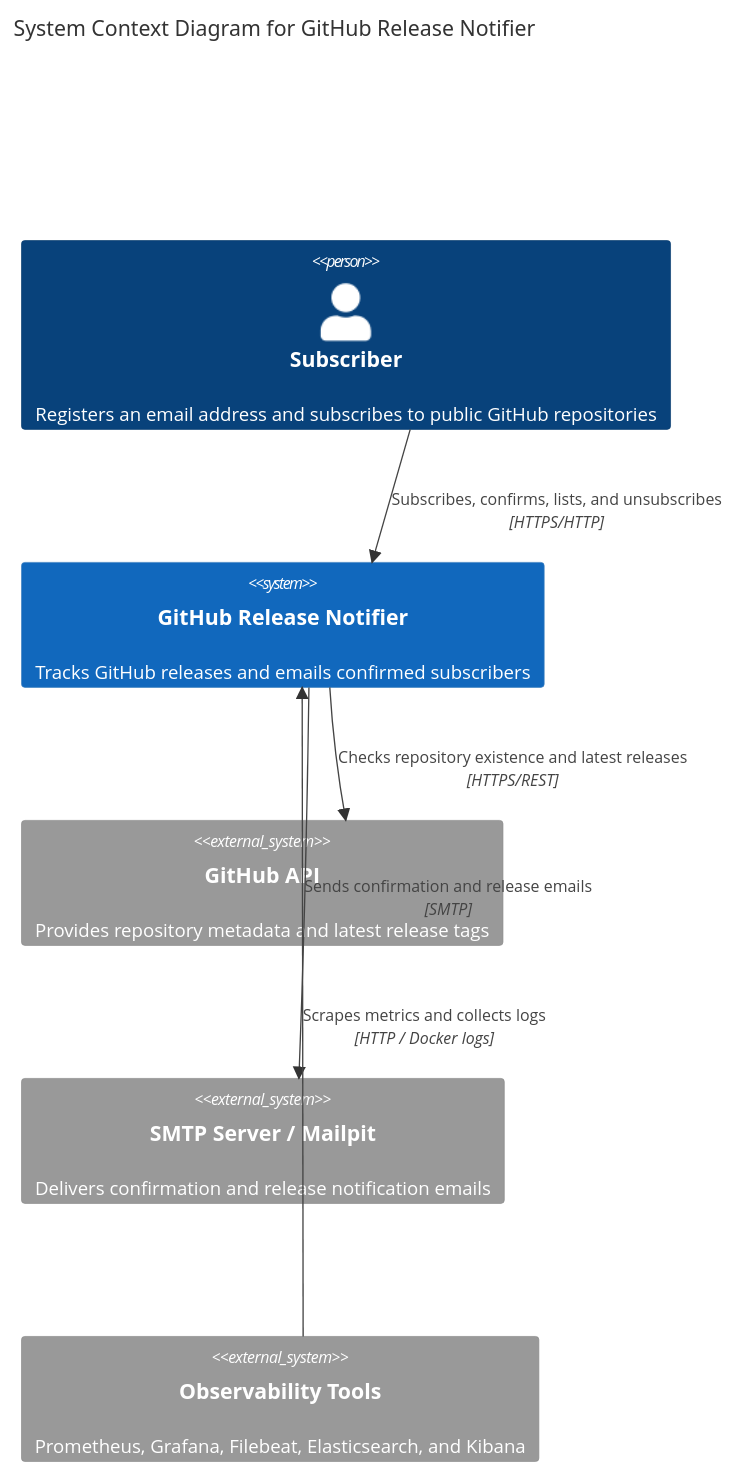
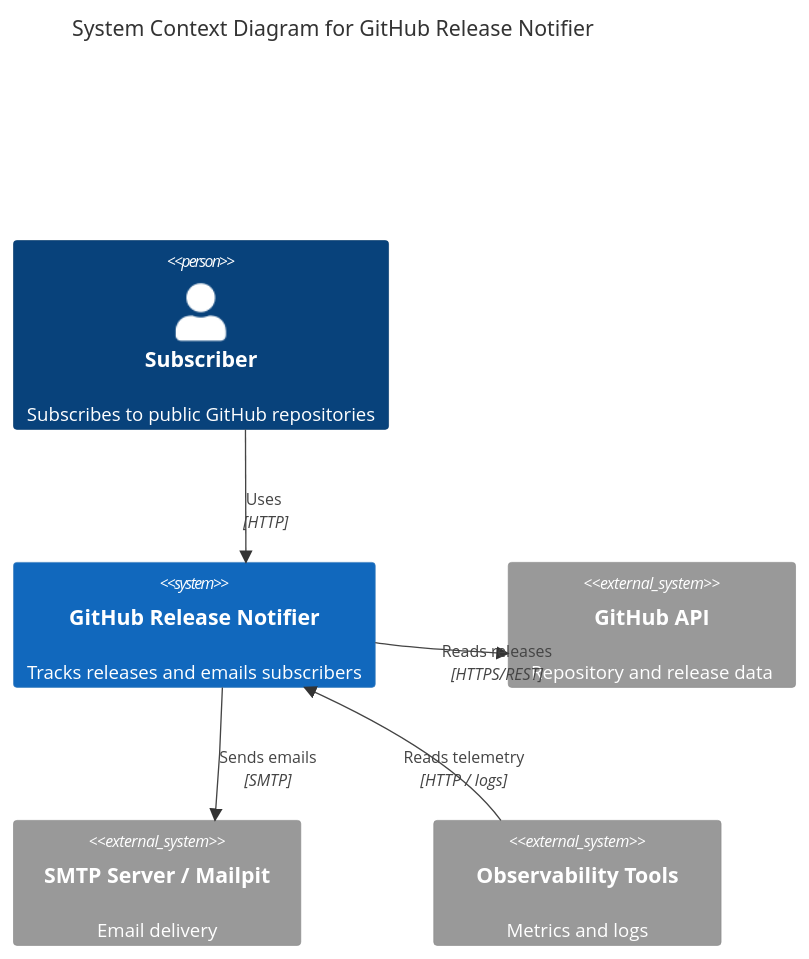
Before and after one commit to GenesisEducationKyiv/software-engineering-school-6-0-Oleg-amur: the first of 5 diagrams in docs/architecture/ARCHITECTURE.md, drawn with Mermaid. The commit also changed other lines of this file, not shown here.

Commit message:
docs: improve C4 diagram readability

````diff
--- a/docs/architecture/ARCHITECTURE.md
+++ b/docs/architecture/ARCHITECTURE.md
@@ -9,17 +9,17 @@
 ```mermaid
 C4Context
     title System Context Diagram for GitHub Release Notifier
 
-    Person(user, "Subscriber", "Registers an email address and subscribes to public GitHub repositories")
-    System(system, "GitHub Release Notifier", "Tracks GitHub releases and emails confirmed subscribers")
-    System_Ext(github, "GitHub API", "Provides repository metadata and latest release tags")
-    System_Ext(smtp, "SMTP Server / Mailpit", "Delivers confirmation and release notification emails")
-    System_Ext(observability, "Observability Tools", "Prometheus, Grafana, Filebeat, Elasticsearch, and Kibana")
+    Person(user, "Subscriber", "Subscribes to public GitHub repositories")
+    System(system, "GitHub Release Notifier", "Tracks releases and emails subscribers")
+    System_Ext(github, "GitHub API", "Repository and release data")
+    System_Ext(smtp, "SMTP Server / Mailpit", "Email delivery")
+    System_Ext(observability, "Observability Tools", "Metrics and logs")
 
-    Rel(user, system, "Subscribes, confirms, lists, and unsubscribes", "HTTPS/HTTP")
-    Rel(system, github, "Checks repository existence and latest releases", "HTTPS/REST")
-    Rel(system, smtp, "Sends confirmation and release emails", "SMTP")
-    Rel(observability, system, "Scrapes metrics and collects logs", "HTTP / Docker logs")
+    Rel_R(user, system, "Uses", "HTTP")
+    Rel_D(system, github, "Reads releases", "HTTPS/REST")
+    Rel_D(system, smtp, "Sends emails", "SMTP")
+    Rel_L(observability, system, "Reads telemetry", "HTTP / logs")
 
-    UpdateLayoutConfig($c4ShapeInRow="3", $c4BoundaryInRow="1")
+    UpdateLayoutConfig($c4ShapeInRow="2", $c4BoundaryInRow="1")
 ```
````
